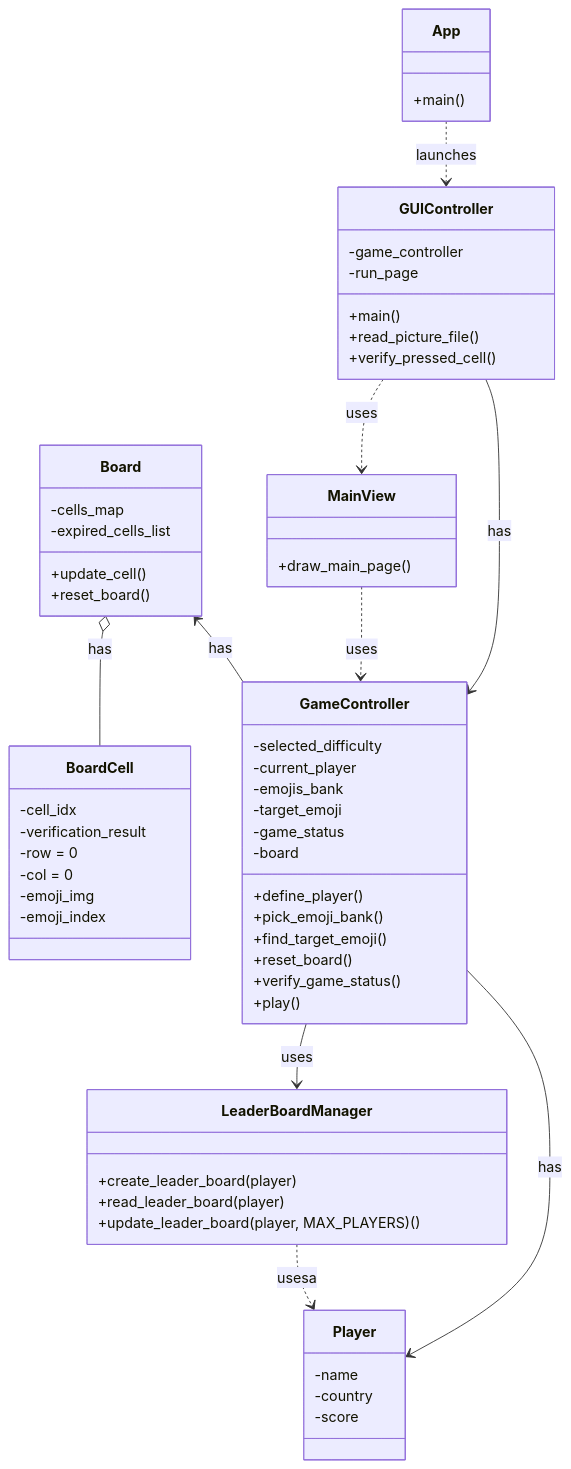
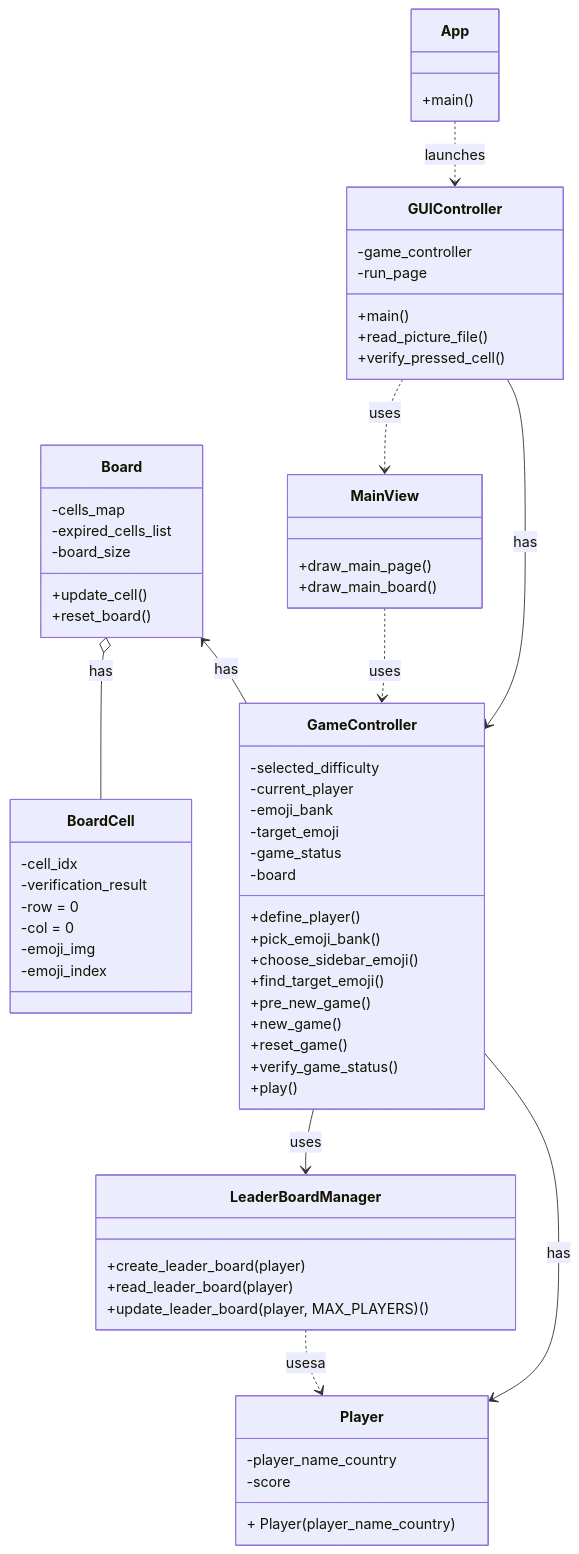
The diagram in README.md (300CIS017-Object-Oriented-Programming/9.-pixmatch_refactor), drawn with Mermaid before and after one commit. The commit also changed other lines of this file and 7 other files, not shown here.

````diff
--- a/README.md
+++ b/README.md
@@ -36,64 +36,70 @@
 ```mermaid
 classDiagram
     class GameController {
         -selected_difficulty
         -current_player
-        -emojis_bank
+        -emoji_bank
         -target_emoji
         -game_status
         -board
         +define_player()
         +pick_emoji_bank()
+        +choose_sidebar_emoji()
         +find_target_emoji()
-        +reset_board()
+        +pre_new_game()
+        +new_game()
+        +reset_game()
         +verify_game_status()
         +play()
     }
     class GUIController {
         -game_controller
         -run_page
         +main()
         +read_picture_file()
         +verify_pressed_cell()
     }
     class Board {
         -cells_map
         -expired_cells_list
+        -board_size
         +update_cell()
         +reset_board()
     }
     class BoardCell {
         -cell_idx
         -verification_result
         -row = 0
         -col = 0
         -emoji_img
         -emoji_index 
     }
     class LeaderBoardManager {
         +create_leader_board(player)
         +read_leader_board(player)
         +update_leader_board(player, MAX_PLAYERS)()
     }
     class Player {
-        -name
-        -country
+        -player_name_country
         -score
+        
+        + Player(player_name_country)
     }
     class MainView {
         +draw_main_page()
+        +draw_main_board()
     }
     class App {
         +main()
     }
     GUIController --> GameController : has
     Board <-- GameController : has
     Board o-- BoardCell : has
     GameController --> Player : has
     GameController --> LeaderBoardManager : uses
     LeaderBoardManager ..> Player : usesa
     MainView ..> GameController : uses
     GUIController ..> MainView : uses
     App ..> GUIController : launches
 
 ```
````
